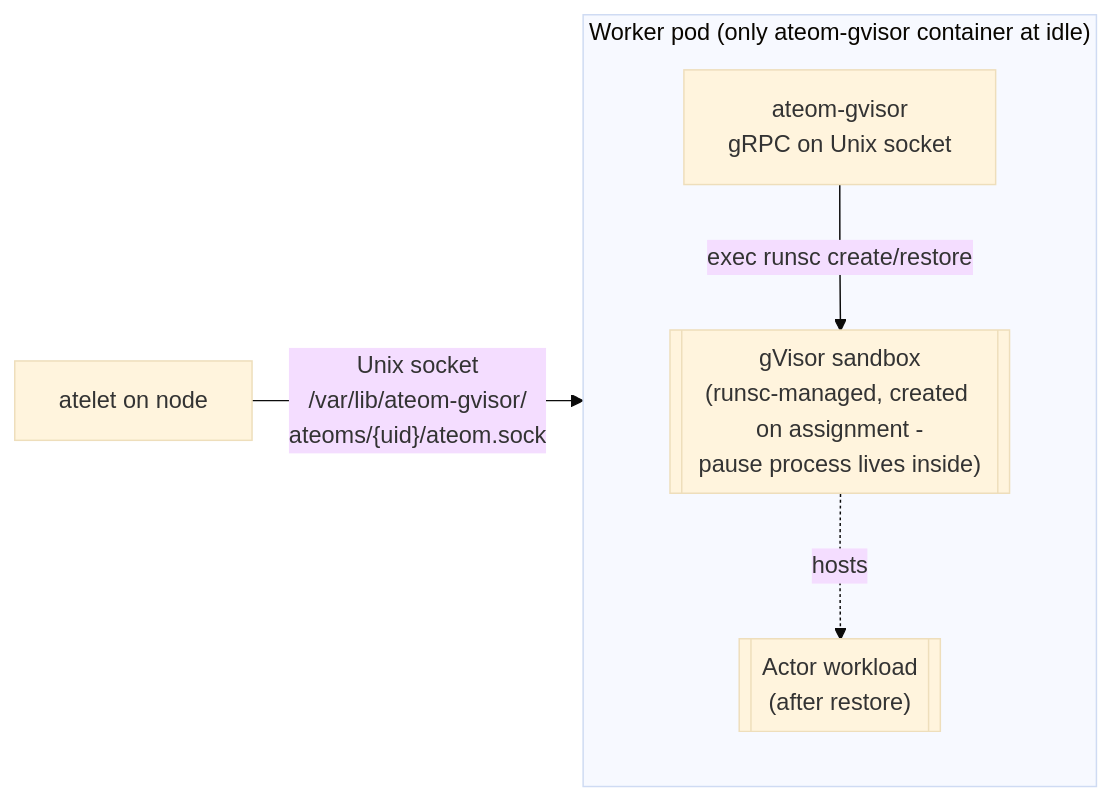
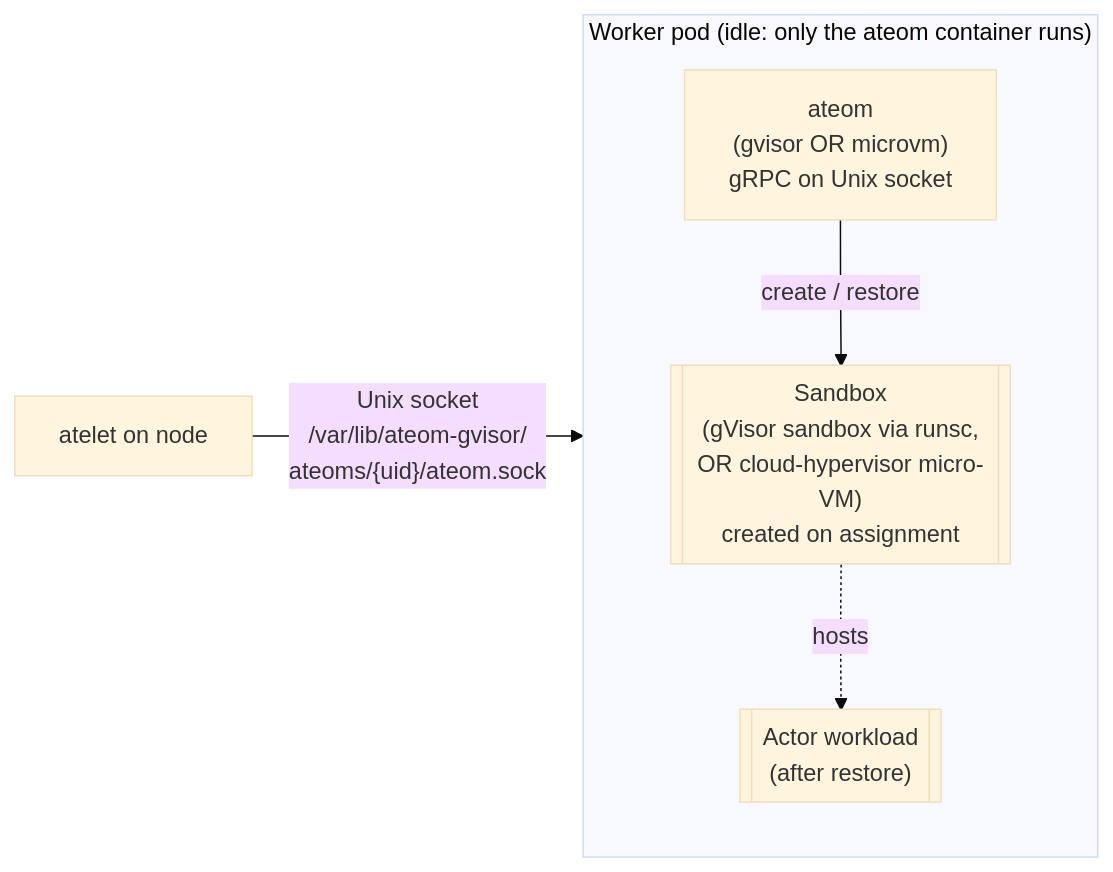
One commit to christian-posta/substrate changed the diagram in atlas/src/content/docs/components/workers.mdx. Above: the diagram before and after it, drawn with Mermaid (base theme). The commit also changed other lines of this file and 28 other files, not shown here.

````diff
--- a/atlas/src/content/docs/components/workers.mdx
+++ b/atlas/src/content/docs/components/workers.mdx
@@ -14,15 +19,15 @@
 ```mermaid
 flowchart LR
-  subgraph POD["Worker pod (only ateom-gvisor container at idle)"]
+  subgraph POD["Worker pod (idle: only the ateom container runs)"]
     direction TB
-    OM[ateom-gvisor<br/>gRPC on Unix socket]
-    GVISOR[["gVisor sandbox<br/>(runsc-managed, created on assignment -<br/>pause process lives inside)"]]
-    OM -- exec runsc create/restore --> GVISOR
-    GVISOR -.->|hosts| WL[["Actor workload<br/>(after restore)"]]
+    OM["ateom<br/>(gvisor OR microvm)<br/>gRPC on Unix socket"]
+    SB[["Sandbox<br/>(gVisor sandbox via runsc,<br/>OR cloud-hypervisor micro-VM)<br/>created on assignment"]]
+    OM -- "create / restore" --> SB
+    SB -.->|hosts| WL[["Actor workload<br/>(after restore)"]]
   end
 
   AT[atelet on node] -- "Unix socket<br/>/var/lib/ateom-gvisor/<br/>ateoms/{uid}/ateom.sock" --> OM
 
   click OM "/components/ateom-gvisor/" "ateom-gvisor"
   click AT "/components/atelet/" "atelet"
 ```
````
